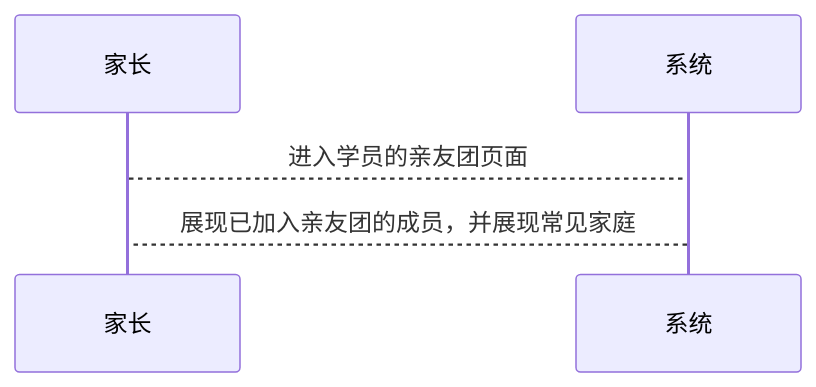
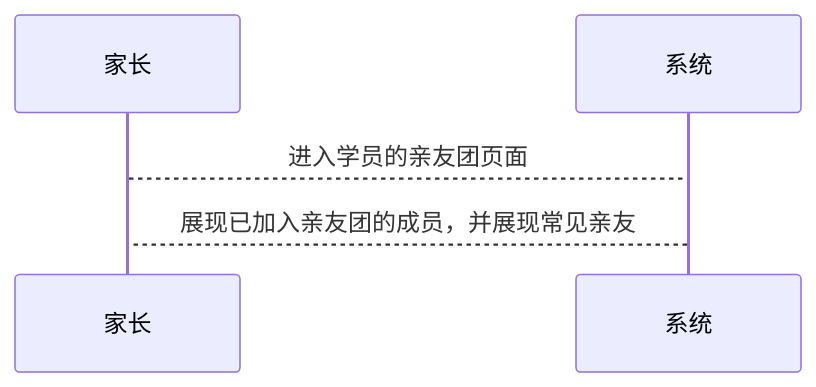
One commit to world-wide-web/sign changed the first of 2 diagrams in 用例/家长-学员关系绑定.md. Above: the diagram before and after it, drawn with Mermaid. The commit also changed other lines of this file, not shown here.

````diff
--- a/用例/家长-学员关系绑定.md
+++ b/用例/家长-学员关系绑定.md
@@ -10,8 +10,8 @@
 ```mermaid
 sequenceDiagram
 
 家长-->系统: 进入学员的亲友团页面
 
-系统-->家长: 展现已加入亲友团的成员，并展现常见家庭
+系统-->家长: 展现已加入亲友团的成员，并展现常见亲友
 
 ```
````
